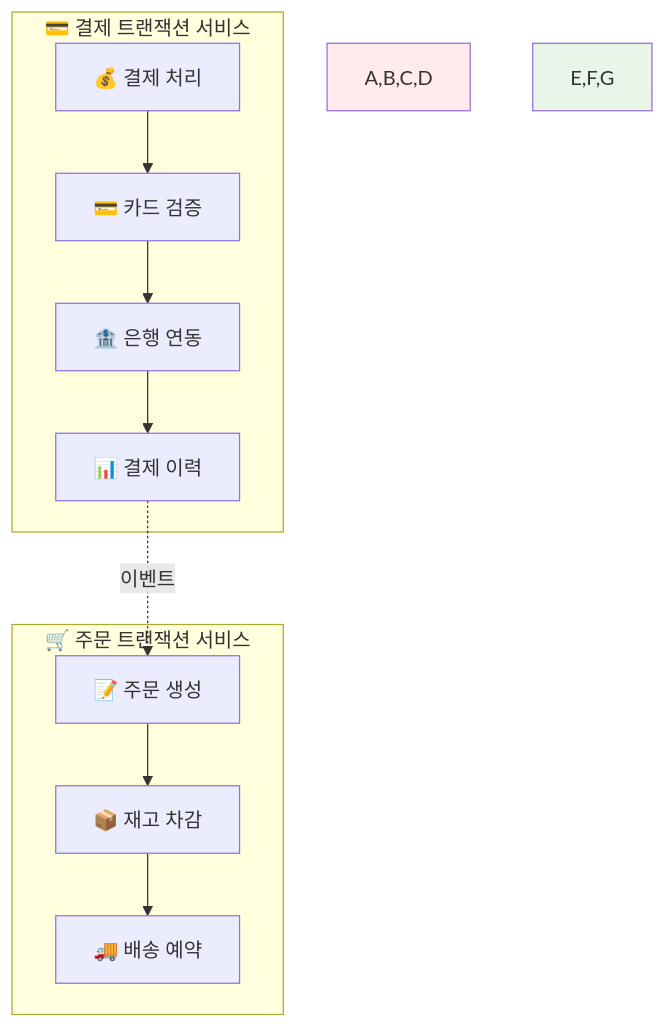
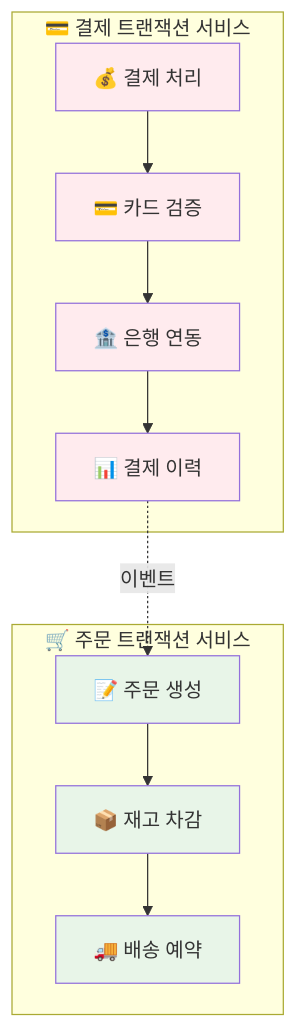
One commit to niceguy61/kdt_devops_lecture_2025 changed the seventh of 15 diagrams in theory/week_04/day1/session_2.md. Above: the diagram before and after it, drawn with Mermaid. The commit also changed other lines of this file, not shown here.

Commit message:
mermaid update

````diff
--- a/theory/week_04/day1/session_2.md
+++ b/theory/week_04/day1/session_2.md
@@ -356,23 +356,28 @@
 ```mermaid
 graph TB
     subgraph "💳 결제 트랜잭션 서비스"
         A[💰 결제 처리]
         B[💳 카드 검증]
         C[🏦 은행 연동]
         D[📊 결제 이력]
     end
     
     subgraph "🛒 주문 트랜잭션 서비스"
         E[📝 주문 생성]
         F[📦 재고 차감]
         G[🚚 배송 예약]
     end
     
     A --> B --> C --> D
     E --> F --> G
     
     D -.->|이벤트| E
     
-    style A,B,C,D fill:#ffebee
-    style E,F,G fill:#e8f5e8
+    style A fill:#ffebee
+    style B fill:#ffebee
+    style C fill:#ffebee
+    style D fill:#ffebee
+    style E fill:#e8f5e8
+    style F fill:#e8f5e8
+    style G fill:#e8f5e8
 ```
````
